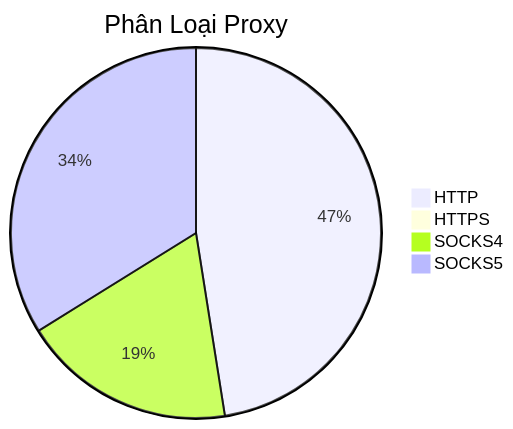
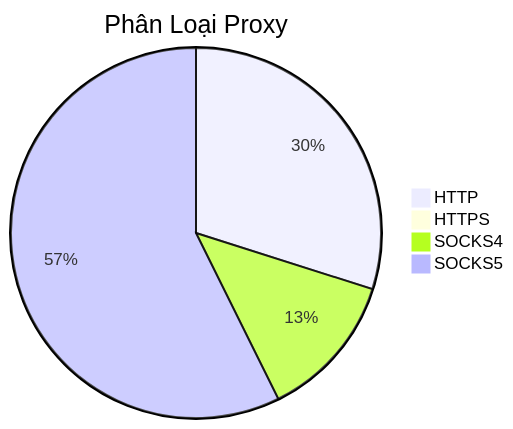
One commit to Ciara-12/PROXY-free changed the diagram in README.md. Above: the diagram before and after it, drawn with Mermaid. The commit also changed other lines of this file and 4 other files, not shown here.

````diff
--- a/README.md
+++ b/README.md
@@ -26,7 +26,7 @@
 ```mermaid
 pie title Phân Loại Proxy
-    "HTTP" : 894
-    "HTTPS" : 2
-    "SOCKS4" : 351
-    "SOCKS5" : 637
+    "HTTP" : 981
+    "HTTPS" : 5
+    "SOCKS4" : 419
+    "SOCKS5" : 1881
 ```
````
